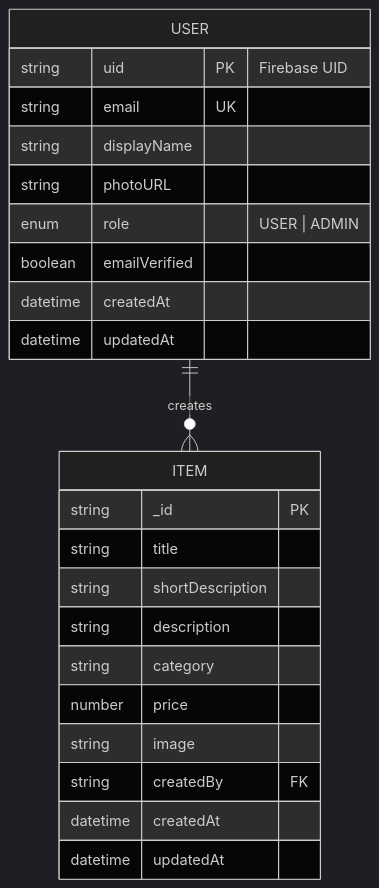
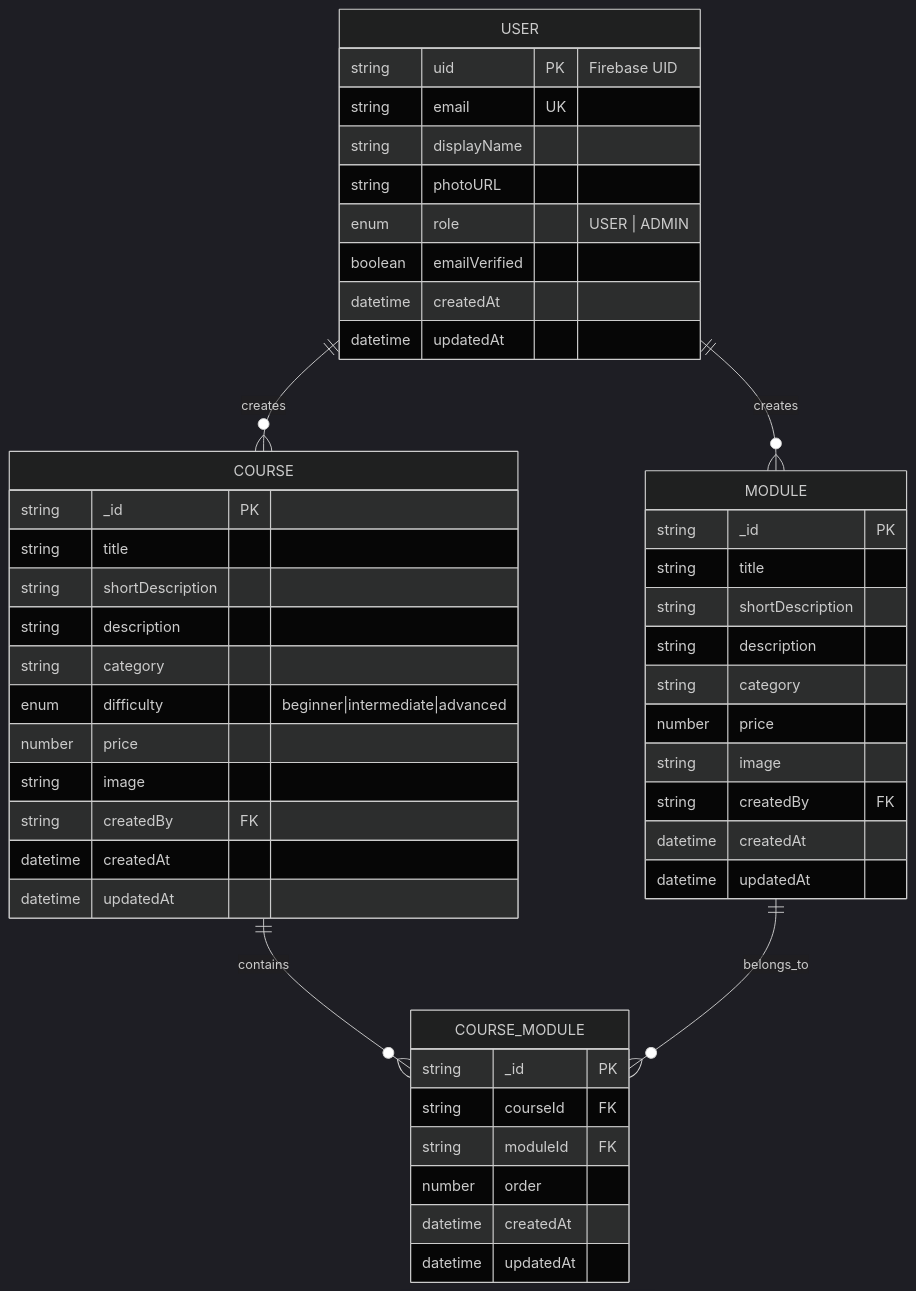
Before and after one commit to Sarwarhridoy4/StudyVault: the sixth of 16 diagrams in README.md, drawn with Mermaid (dark theme). The commit also changed other lines of this file and 36 other files, not shown here.

First line of the commit message:
Refactor: study→course, item→module with linking capability

````diff
--- a/README.md
+++ b/README.md
@@ -560,26 +643,54 @@
 ```mermaid
 erDiagram
-    USER ||--o{ ITEM : "creates"
+    USER ||--o{ MODULE : "creates"
+    USER ||--o{ COURSE : "creates"
+    COURSE ||--o{ COURSE_MODULE : "contains"
+    MODULE ||--o{ COURSE_MODULE : "belongs_to"
+    
     USER {
         string uid PK "Firebase UID"
         string email UK
         string displayName
         string photoURL
         enum role "USER | ADMIN"
         boolean emailVerified
         datetime createdAt
         datetime updatedAt
     }
-    ITEM {
+    
+    MODULE {
         string _id PK
         string title
         string shortDescription
         string description
         string category
         number price
         string image
         string createdBy FK
         datetime createdAt
         datetime updatedAt
     }
+    
+    COURSE {
+        string _id PK
+        string title
+        string shortDescription
+        string description
+        string category
+        enum difficulty "beginner|intermediate|advanced"
+        number price
+        string image
+        string createdBy FK
+        datetime createdAt
+        datetime updatedAt
+    }
+    
+    COURSE_MODULE {
+        string _id PK
+        string courseId FK
+        string moduleId FK
+        number order
+        datetime createdAt
+        datetime updatedAt
+    }
 ```
````
